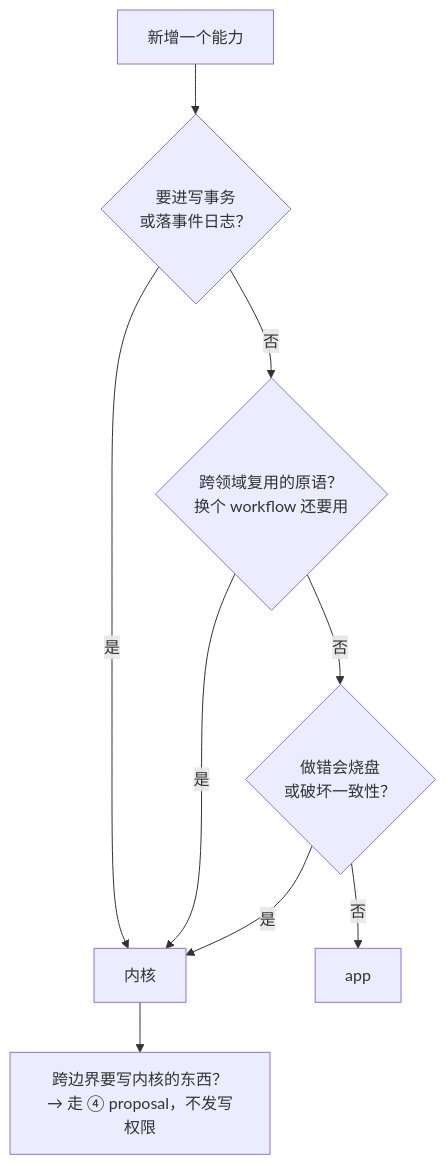
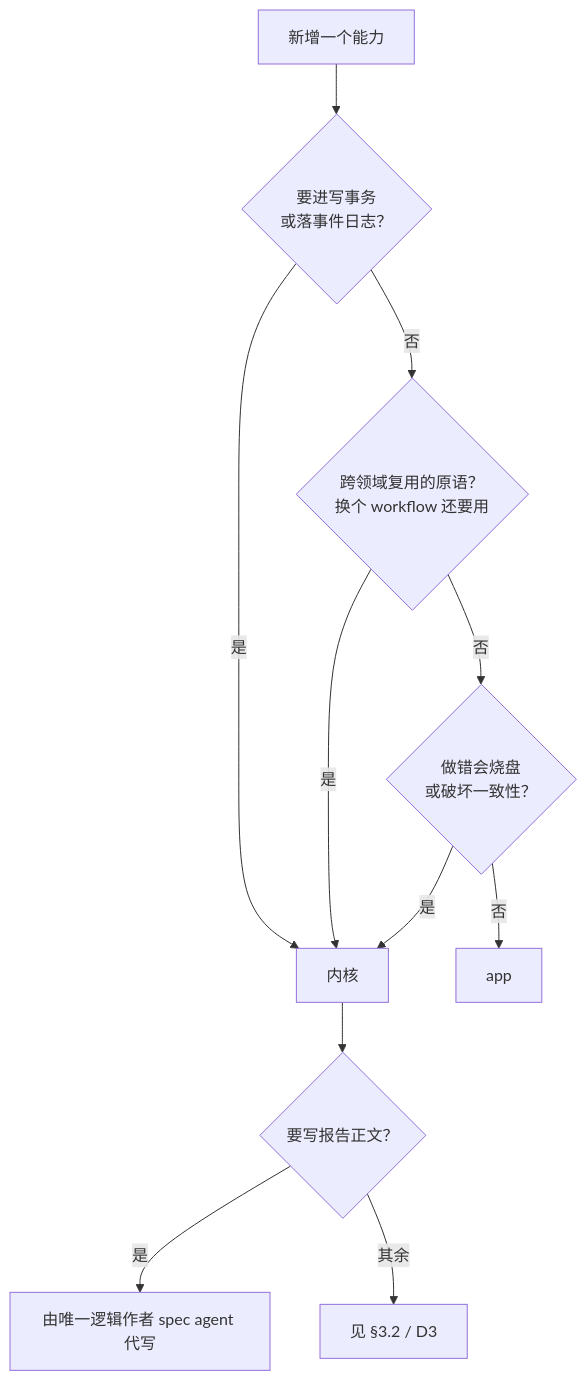
Before and after one commit to keanji-x/neige-calm: the diagram in docs/architecture/955-kernel-app-boundary.md, drawn with Mermaid. The commit also changed other lines of this file, not shown here.

````diff
--- a/docs/architecture/955-kernel-app-boundary.md
+++ b/docs/architecture/955-kernel-app-boundary.md
@@ -111,11 +107,13 @@
 ```mermaid
 flowchart TD
   Q["新增一个能力"] --> T1{"要进写事务<br/>或落事件日志？"}
   T1 -->|是| K["内核"]
   T1 -->|否| T2{"跨领域复用的原语？<br/>换个 workflow 还要用"}
   T2 -->|是| K
   T2 -->|否| T3{"做错会烧盘<br/>或破坏一致性？"}
   T3 -->|是| K
   T3 -->|否| A["app"]
-  K --> KX["跨边界要写内核的东西？<br/>→ 走 ④ proposal，不发写权限"]
+  K --> KX{"要写报告正文？"}
+  KX -->|是| S["由唯一逻辑作者 spec agent 代写"]
+  KX -->|其余| O["见 §3.2 / D3"]
 ```
````
